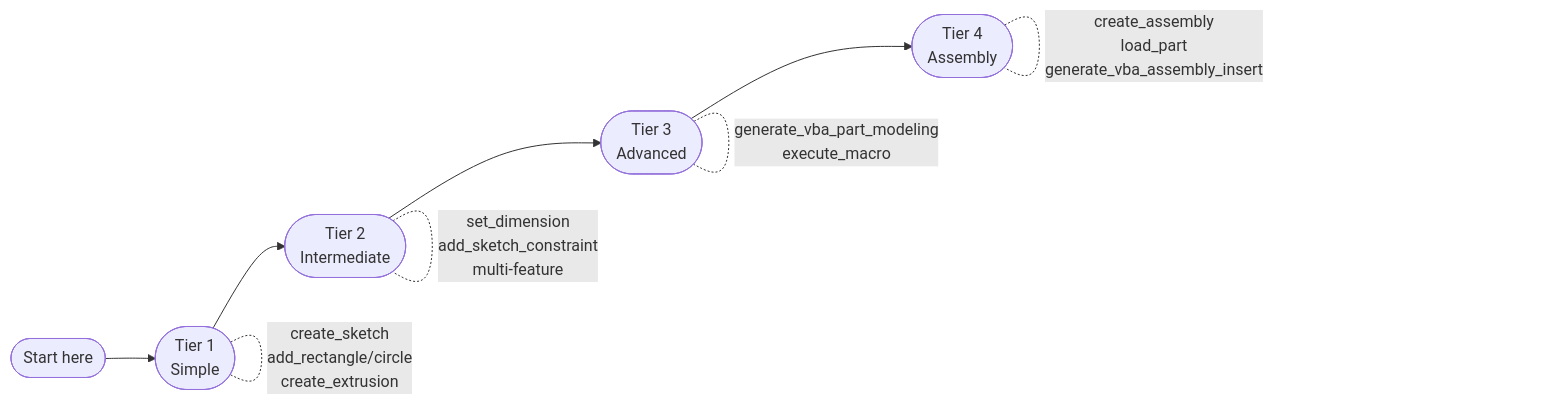
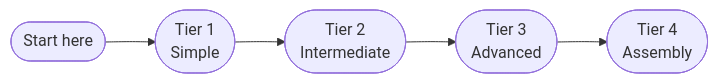
Before and after one commit to andrewbartels1/SolidworksMCP-python: the diagram in docs/agents/sample-models-guide.md, drawn with Mermaid.

Commit message:
fix(docs): remove mermaid syntax error in sample-models-guide
- Remove self-referential edges with \n newlines (incompatible with mermaid 11.16.0)
- Use <br/> tags in node labels for proper line breaks in mermaid flowchart
- Tool descriptions are already in the legend table below the diagram
- Docs build succeeds without mermaid syntax errors

````diff
--- a/docs/agents/sample-models-guide.md
+++ b/docs/agents/sample-models-guide.md
@@ -33,14 +33,9 @@
 ```mermaid
 flowchart LR
     A(["Start here"])
-    T1(["Tier 1\nSimple"])
-    T2(["Tier 2\nIntermediate"])
-    T3(["Tier 3\nAdvanced"])
-    T4(["Tier 4\nAssembly"])
+    T1(["Tier 1<br/>Simple"])
+    T2(["Tier 2<br/>Intermediate"])
+    T3(["Tier 3<br/>Advanced"])
+    T4(["Tier 4<br/>Assembly"])
     A --> T1 --> T2 --> T3 --> T4
-
-    T1 -. "create_sketch\nadd_rectangle/circle\ncreate_extrusion" .- T1
-    T2 -. "set_dimension\nadd_sketch_constraint\nmulti-feature" .- T2
-    T3 -. "generate_vba_part_modeling\nexecute_macro" .- T3
-    T4 -. "create_assembly\nload_part\ngenerate_vba_assembly_insert" .- T4
 ```
````
